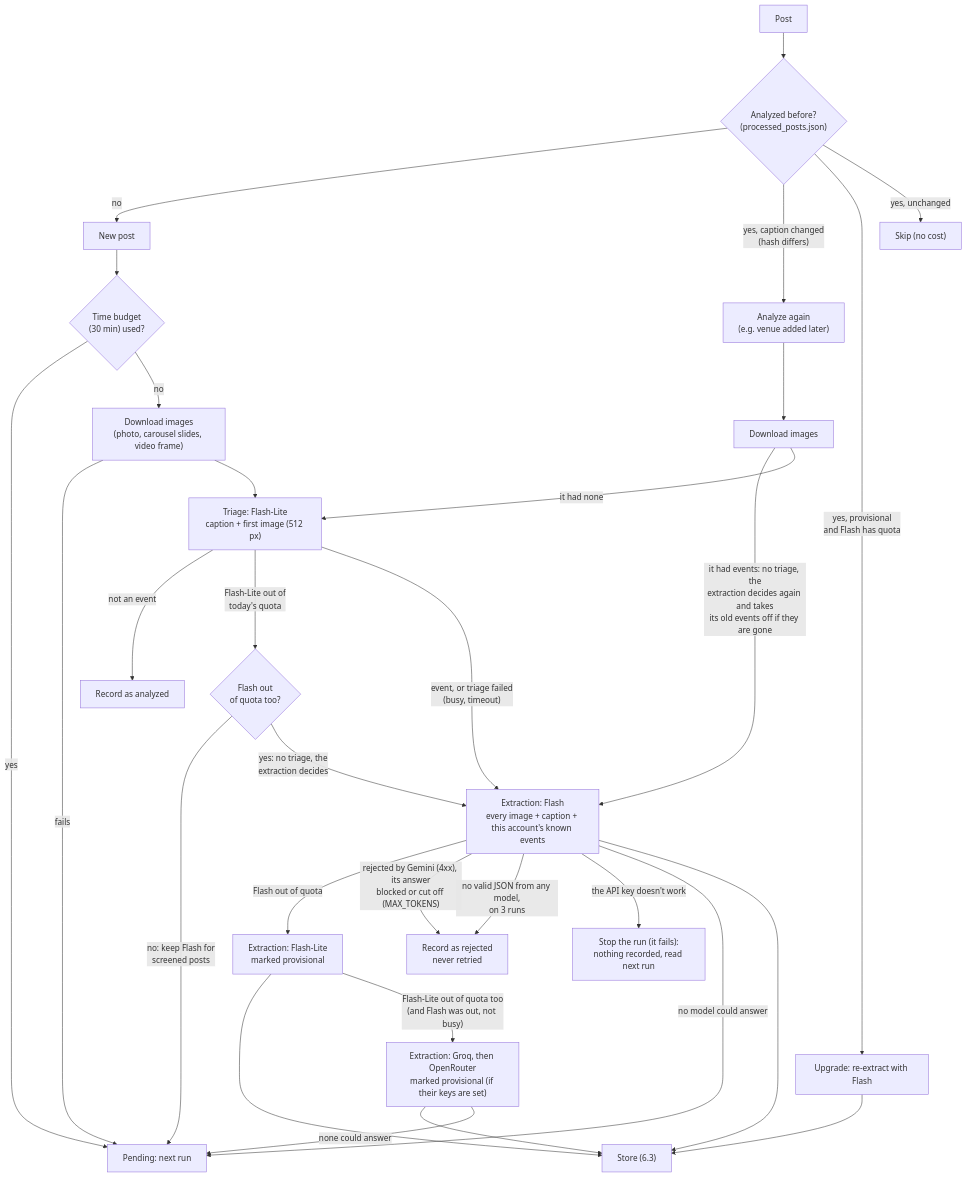
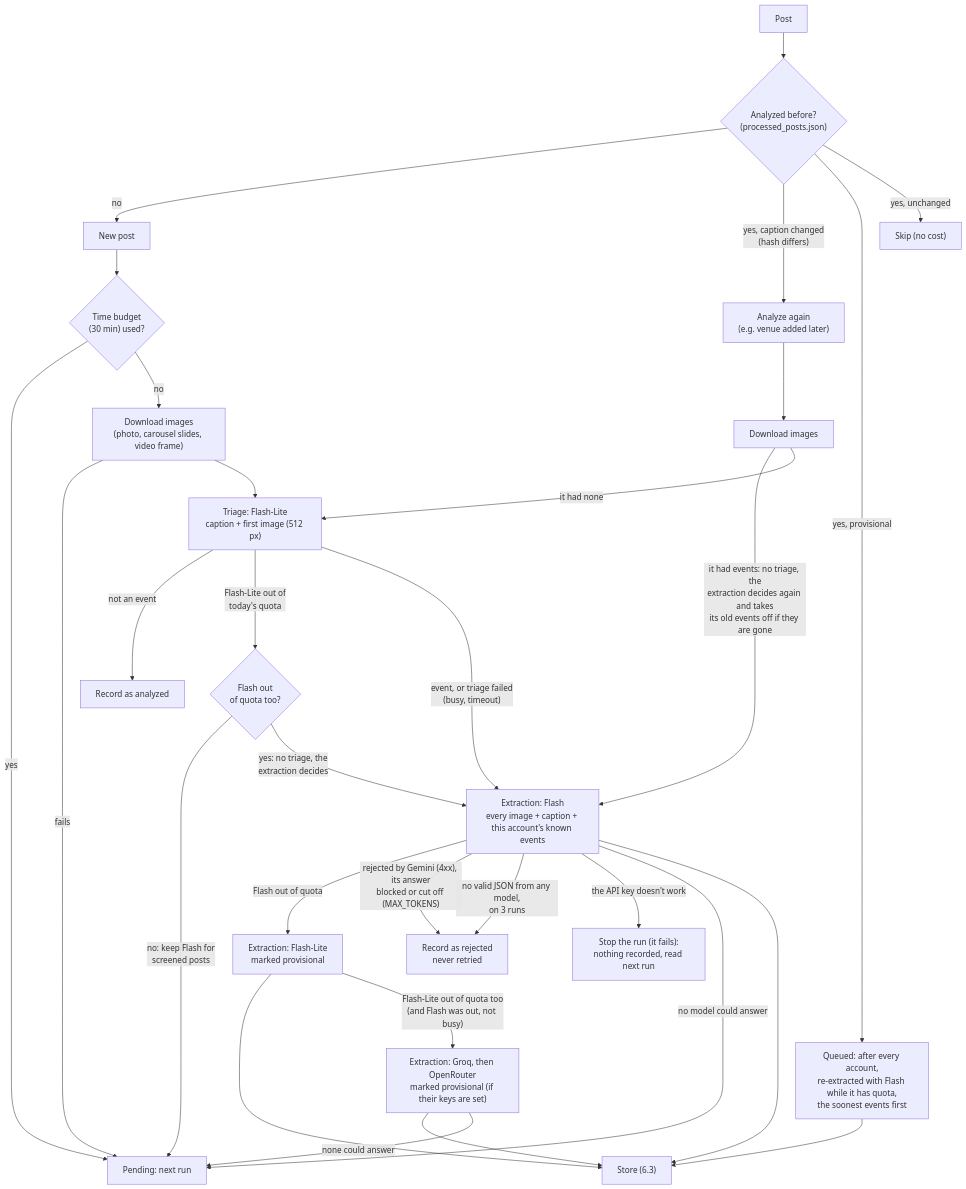
One commit to pa-bailar/backend changed the fourth of 12 diagrams in docs/ARCHITECTURE.md. Above: the diagram before and after it, drawn with Mermaid. The commit also changed other lines of this file and 8 other files, not shown here.

First line of the commit message:
feat(sweep): Flash shared between the day's sweeps, and spent on the soonest events first

````diff
--- a/docs/ARCHITECTURE.md
+++ b/docs/ARCHITECTURE.md
@@ -494,31 +494,31 @@
 ```mermaid
 flowchart TD
     P["Post"] --> Q{"Analyzed before?<br/>(processed_posts.json)"}
     Q -->|no| N["New post"]
     Q -->|"yes, caption changed<br/>(hash differs)"| RE["Analyze again<br/>(e.g. venue added later)"]
-    Q -->|"yes, provisional<br/>and Flash has quota"| UP["Upgrade: re-extract with Flash"]
+    Q -->|"yes, provisional"| UP["Queued: after every account,<br/>re-extracted with Flash while it has quota,<br/>the soonest events first"]
     Q -->|"yes, unchanged"| SKIP["Skip (no cost)"]
     N --> T{"Time budget<br/>(30 min) used?"}
     T -->|yes| PEND["Pending: next run"]
     T -->|no| IMG["Download images<br/>(photo, carousel slides, video frame)"]
     RE --> IMG2["Download images"] -->|"it had events: no triage, the<br/>extraction decides again and takes<br/>its old events off if they are gone"| EX
     IMG2 -->|"it had none"| TR
     IMG -->|fails| PEND
     IMG --> TR["Triage: Flash-Lite<br/>caption + first image (512 px)"]
     TR -->|"not an event"| REC["Record as analyzed"]
     TR -->|"Flash-Lite out of<br/>today's quota"| TLR{"Flash out<br/>of quota too?"}
     TLR -->|"no: keep Flash for<br/>screened posts"| PEND
     TLR -->|"yes: no triage, the<br/>extraction decides"| EX
     TR -->|"event, or triage failed<br/>(busy, timeout)"| EX["Extraction: Flash<br/>every image + caption + this account's known events"]
     EX -->|"Flash out of quota"| PROV["Extraction: Flash-Lite<br/>marked provisional"]
     EX -->|"rejected by Gemini (4xx), its answer<br/>blocked or cut off (MAX_TOKENS)"| REJ["Record as rejected<br/>never retried"]
     EX -->|"no valid JSON from any model,<br/>on 3 runs"| REJ
     EX -->|"the API key doesn't work"| STOP["Stop the run (it fails):<br/>nothing recorded, read next run"]
     EX -->|"no model could answer"| PEND
     EX --> ST["Store (6.3)"]
     PROV --> ST
     PROV -->|"Flash-Lite out of quota too<br/>(and Flash was out, not busy)"| LAST["Extraction: Groq, then OpenRouter<br/>marked provisional (if their keys are set)"]
     LAST --> ST
     LAST -->|"none could answer"| PEND
     UP --> ST
 ```
````
